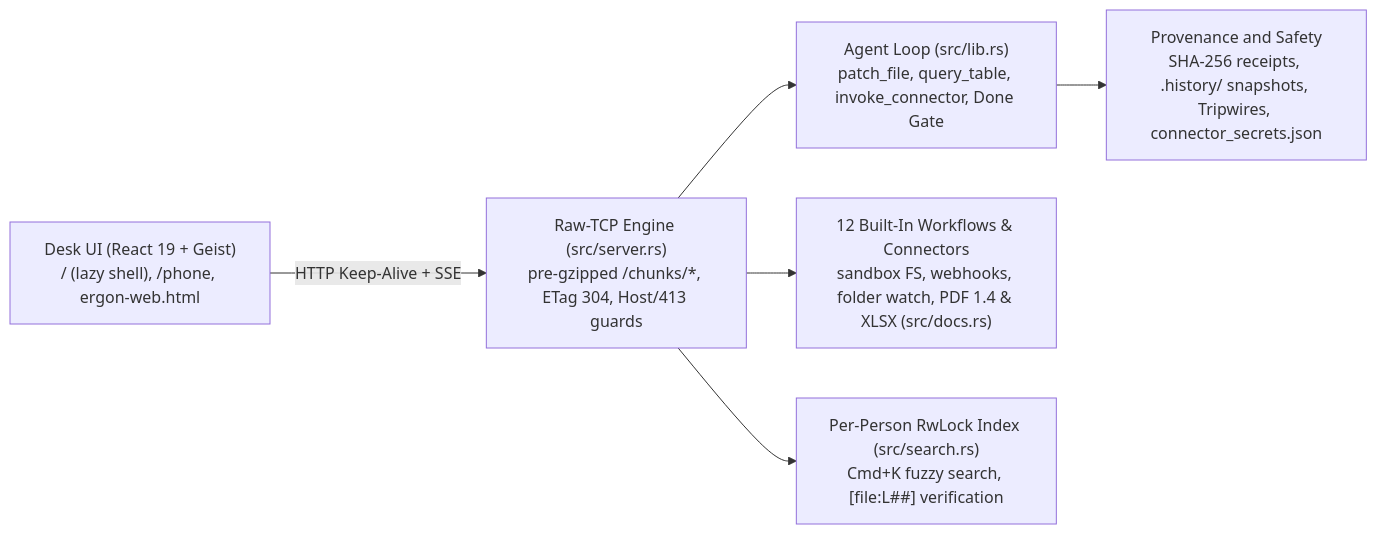
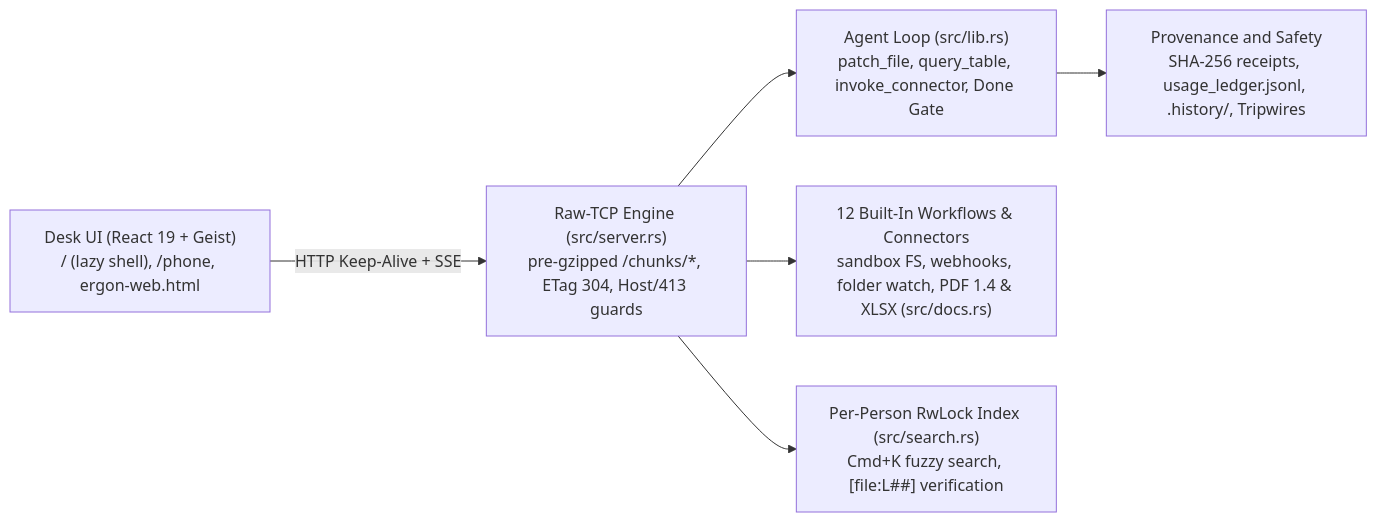
Before and after one commit to cayleb-james2008/ergon: the diagram in README.md, drawn with Mermaid. The commit also changed other lines of this file and 15 other files, not shown here.

````diff
--- a/README.md
+++ b/README.md
@@ -76,8 +84,8 @@
 ```mermaid
 flowchart LR
   UI["Desk UI (React 19 + Geist)\n/ (lazy shell), /phone, ergon-web.html"] -->|HTTP Keep-Alive + SSE| HTTP["Raw-TCP Engine (src/server.rs)\npre-gzipped /chunks/*, ETag 304, Host/413 guards"]
   HTTP --> Agent["Agent Loop (src/lib.rs)\npatch_file, query_table, invoke_connector, Done Gate"]
   HTTP --> Workflows["12 Built-In Workflows & Connectors\nsandbox FS, webhooks, folder watch, PDF 1.4 & XLSX (src/docs.rs)"]
   HTTP --> Index["Per-Person RwLock Index (src/search.rs)\nCmd+K fuzzy search, [file:L##] verification"]
-  Agent --> Ledger["Provenance and Safety\nSHA-256 receipts, .history/ snapshots, Tripwires, connector_secrets.json"]
+  Agent --> Ledger["Provenance and Safety\nSHA-256 receipts, usage_ledger.jsonl, .history/, Tripwires"]
 ```
````
